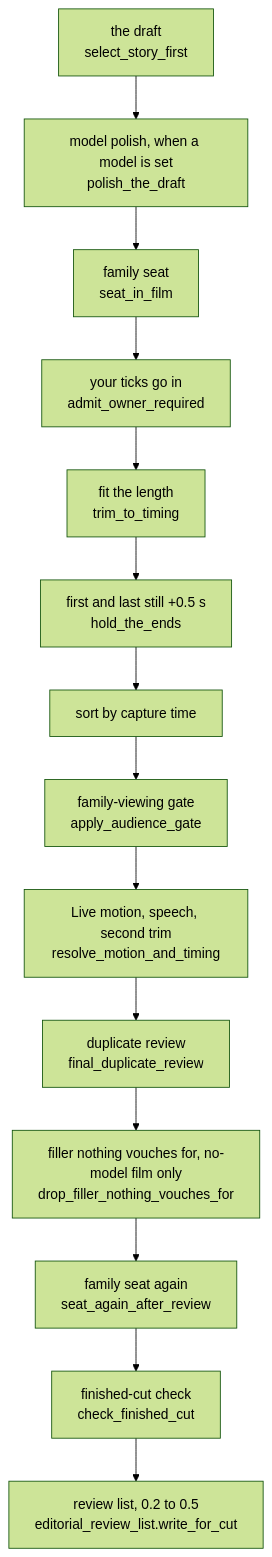
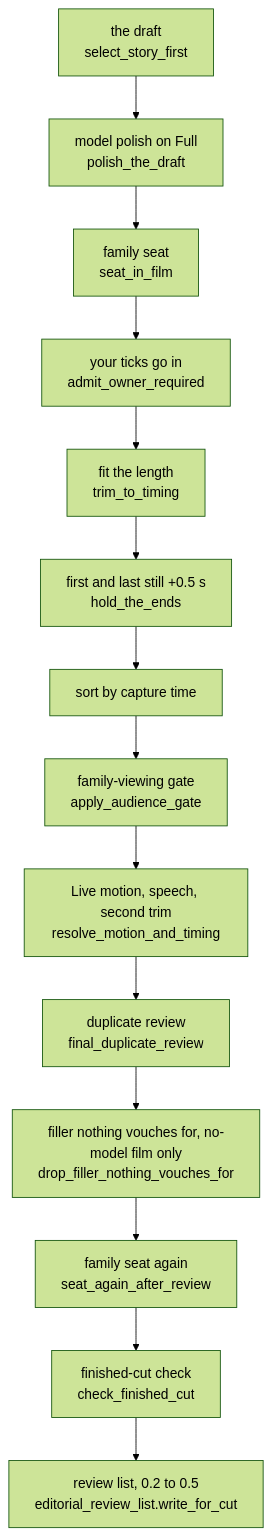
The first of 2 diagrams in docs-site/docs/how-it-chooses/family-audience-duplicates.md (sam-dumont/immich-memories), drawn with Mermaid (forest theme) before and after one commit. The commit also changed other lines of this file and 10 other files, not shown here.

Commit message:
docs(tiers): explain bounded refinement and readable phone diagrams

````diff
--- a/docs-site/docs/how-it-chooses/family-audience-duplicates.md
+++ b/docs-site/docs/how-it-chooses/family-audience-duplicates.md
@@ -22,16 +22,16 @@
 ```mermaid
 flowchart TD
-  draft["the draft<br/>select_story_first"] --> polish["model polish, when a model is set<br/>polish_the_draft"]
+  draft["the draft<br/>select_story_first"] --> polish["model polish on Full<br/>polish_the_draft"]
   polish --> seat["family seat<br/>seat_in_film"]
   seat --> ticks["your ticks go in<br/>admit_owner_required"]
   ticks --> trim["fit the length<br/>trim_to_timing"]
   trim --> ends["first and last still +0.5 s<br/>hold_the_ends"]
   ends --> sort["sort by capture time"]
   sort --> gate["family-viewing gate<br/>apply_audience_gate"]
   gate --> motion["Live motion, speech, second trim<br/>resolve_motion_and_timing"]
   motion --> dup["duplicate review<br/>final_duplicate_review"]
   dup --> filler["filler nothing vouches for, no-model film only<br/>drop_filler_nothing_vouches_for"]
   filler --> again["family seat again<br/>seat_again_after_review"]
   again --> check["finished-cut check<br/>check_finished_cut"]
   check --> review["review list, 0.2 to 0.5<br/>editorial_review_list.write_for_cut"]
 ```
````
